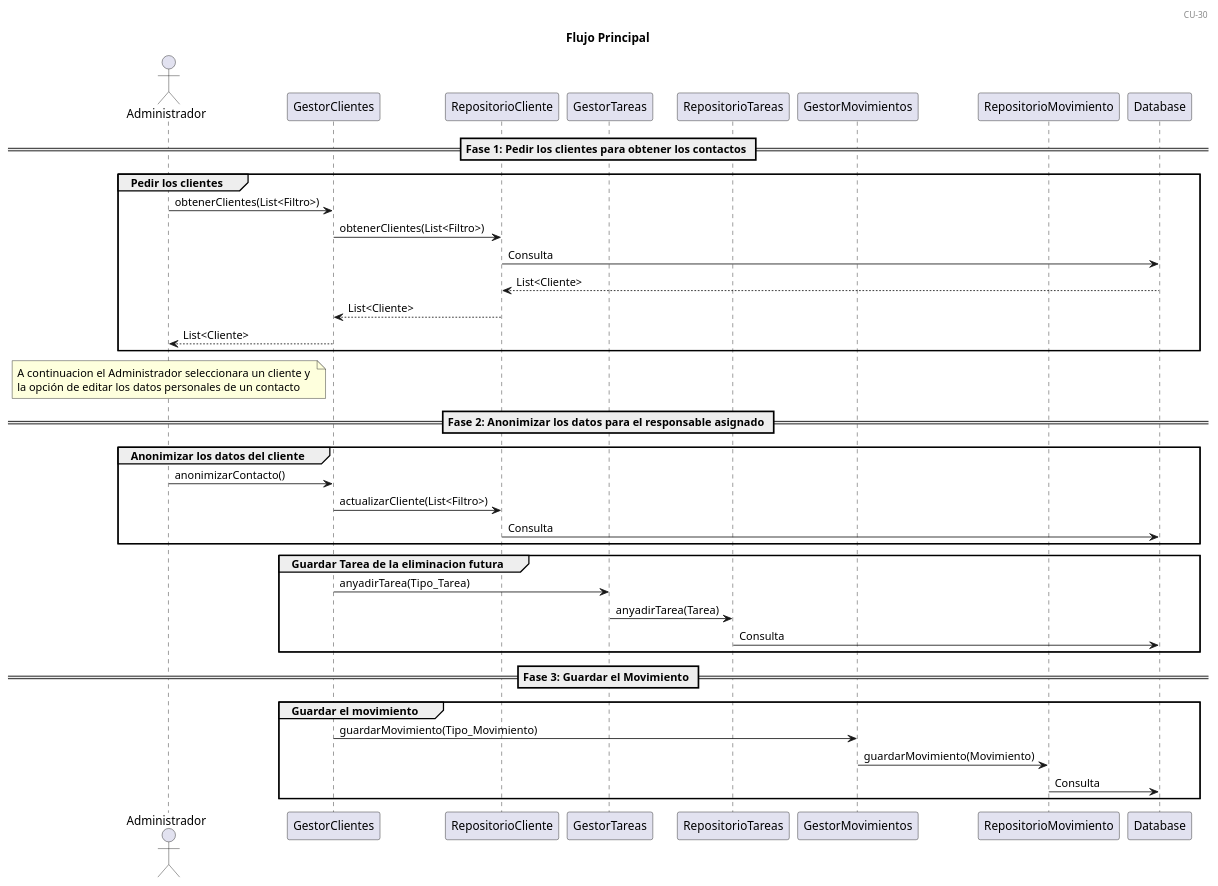
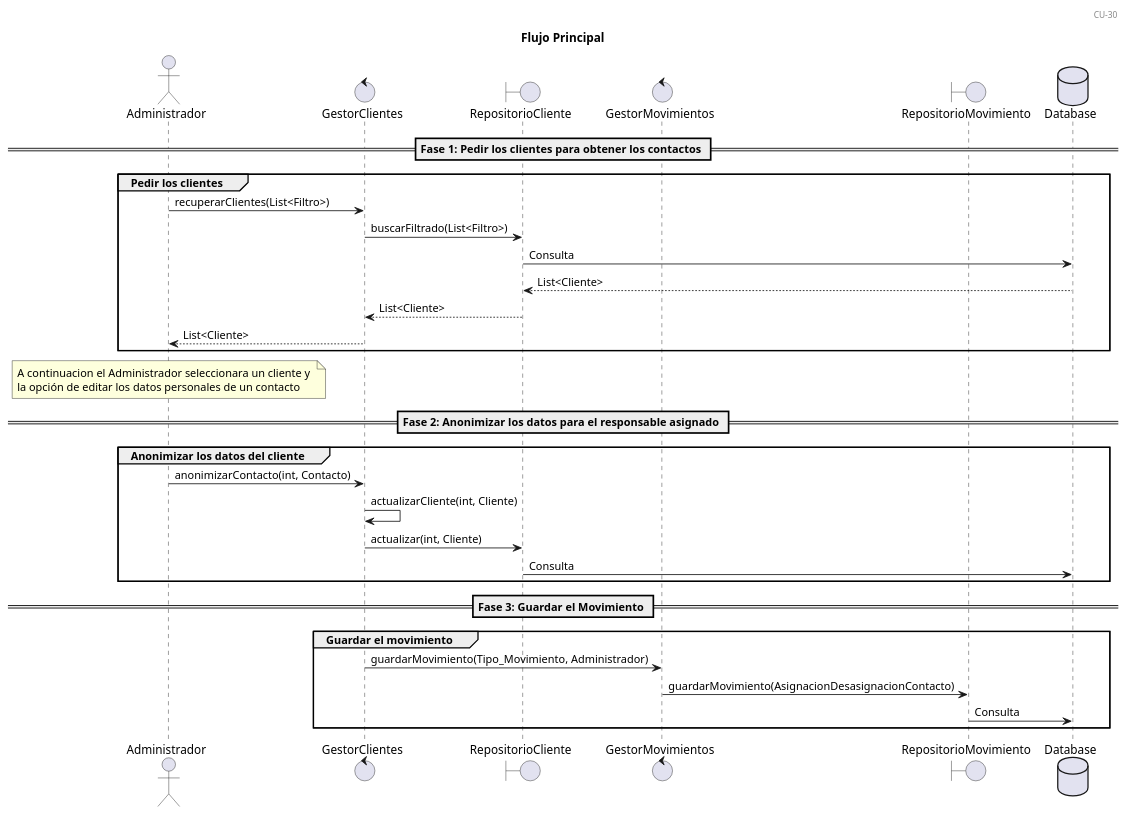
The diagram in entrega2/diagramas/secuencias/CU-30.puml (Vertossse/Elefantes), drawn with PlantUML before and after one commit. The commit also changed 9 other files, not shown here.

```diff
--- a/entrega2/diagramas/secuencias/CU-30.puml
+++ b/entrega2/diagramas/secuencias/CU-30.puml
@@ -1,40 +1,41 @@
 @startuml 
 
 header CU-30
 title Flujo Principal 
 actor Administrador 
+control GestorClientes 
+boundary RepositorioCliente
+database Database
+control GestorMovimientos
+boundary RepositorioMovimiento 
+
 == Fase 1: Pedir los clientes para obtener los contactos == 
 group Pedir los clientes 
-Administrador -> GestorClientes : obtenerClientes(List<Filtro>)
-GestorClientes -> RepositorioCliente : obtenerClientes(List<Filtro>)
+Administrador -> GestorClientes : recuperarClientes(List<Filtro>)
+GestorClientes -> RepositorioCliente : buscarFiltrado(List<Filtro>)
 RepositorioCliente -> Database : Consulta 
 Database --> RepositorioCliente : List<Cliente>
 RepositorioCliente --> GestorClientes : List<Cliente>
 GestorClientes --> Administrador : List<Cliente>
 end group 
 note over Administrador
 A continuacion el Administrador seleccionara un cliente y 
 la opción de editar los datos personales de un contacto 
 end note 
 
 == Fase 2: Anonimizar los datos para el responsable asignado == 
 group Anonimizar los datos del cliente 
-Administrador -> GestorClientes : anonimizarContacto() 
-GestorClientes -> RepositorioCliente : actualizarCliente(List<Filtro>)
+Administrador -> GestorClientes : anonimizarContacto(int, Contacto) 
+GestorClientes -> GestorClientes : actualizarCliente(int, Cliente)
+GestorClientes -> RepositorioCliente : actualizar(int, Cliente)
 RepositorioCliente -> Database : Consulta 
-end group 
-
-group Guardar Tarea de la eliminacion futura 
-GestorClientes -> GestorTareas : anyadirTarea(Tipo_Tarea)
-GestorTareas -> RepositorioTareas : anyadirTarea(Tarea)
-RepositorioTareas -> Database : Consulta
 end group 
 
 == Fase 3: Guardar el Movimiento == 
 group Guardar el movimiento 
-GestorClientes -> GestorMovimientos : guardarMovimiento(Tipo_Movimiento)
-GestorMovimientos -> RepositorioMovimiento : guardarMovimiento(Movimiento)
+GestorClientes -> GestorMovimientos : guardarMovimiento(Tipo_Movimiento, Administrador)
+GestorMovimientos -> RepositorioMovimiento : guardarMovimiento(AsignacionDesasignacionContacto)
 RepositorioMovimiento -> Database : Consulta 
 end group 
 database Database 
 @enduml 
```
